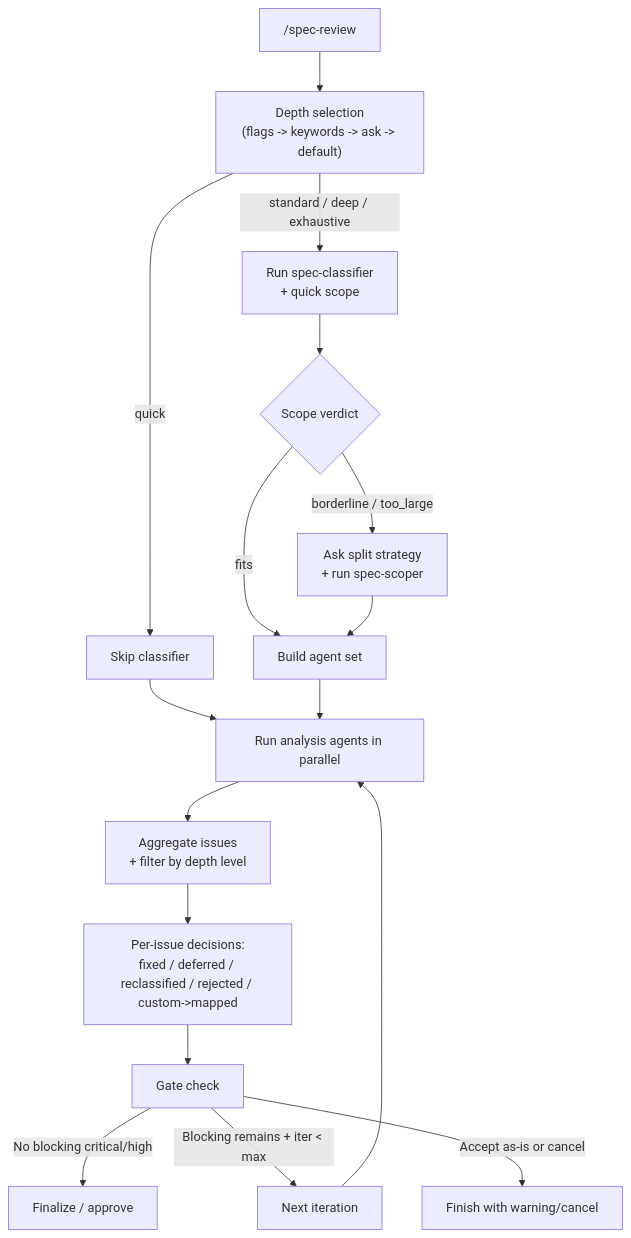
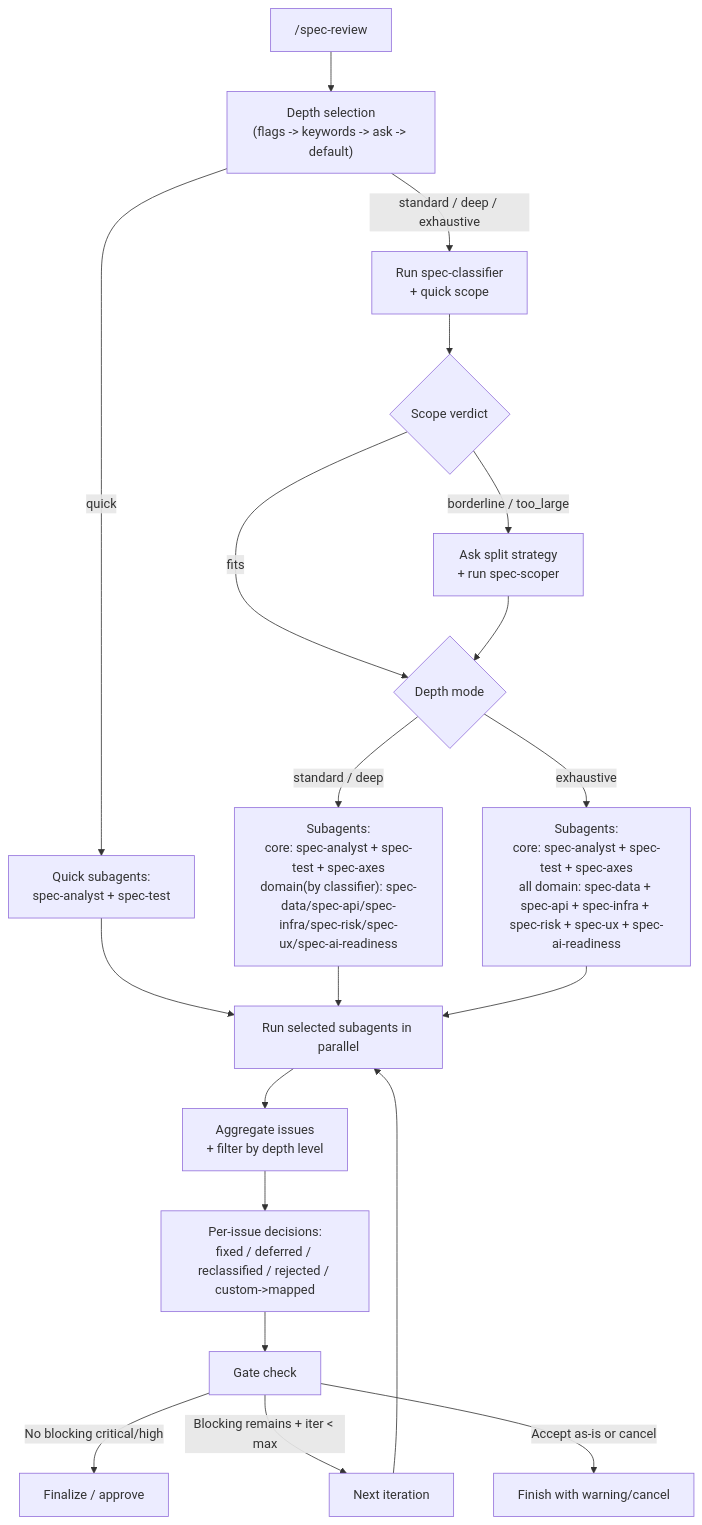
One commit to dapi/claude-code-marketplace changed the first of 2 diagrams in spec-reviewer/README.md. Above: the diagram before and after it, drawn with Mermaid. The commit also changed other lines of this file and 1 other file, not shown here.

Commit message:
docs(readme): show subagent names in mermaid diagrams

````diff
--- a/spec-reviewer/README.md
+++ b/spec-reviewer/README.md
@@ -96,24 +96,28 @@
 ```mermaid
 flowchart TD
     A["/spec-review"] --> B["Depth selection<br/>(flags -> keywords -> ask -> default)"]
 
-    B -->|"quick"| C["Skip classifier"]
+    B -->|"quick"| C["Quick subagents:<br/>spec-analyst + spec-test"]
     B -->|"standard / deep / exhaustive"| D["Run spec-classifier<br/>+ quick scope"]
 
     D --> E{"Scope verdict"}
-    E -->|"fits"| F["Build agent set"]
+    E -->|"fits"| F{"Depth mode"}
     E -->|"borderline / too_large"| G["Ask split strategy<br/>+ run spec-scoper"]
     G --> F
 
-    C --> H["Run analysis agents in parallel"]
-    F --> H
+    F -->|"standard / deep"| H["Subagents:<br/>core: spec-analyst + spec-test + spec-axes<br/>domain(by classifier): spec-data/spec-api/spec-infra/spec-risk/spec-ux/spec-ai-readiness"]
+    F -->|"exhaustive"| I["Subagents:<br/>core: spec-analyst + spec-test + spec-axes<br/>all domain: spec-data + spec-api + spec-infra + spec-risk + spec-ux + spec-ai-readiness"]
 
-    H --> I["Aggregate issues<br/>+ filter by depth level"]
-    I --> J["Per-issue decisions:<br/>fixed / deferred / reclassified / rejected / custom->mapped"]
-    J --> K["Gate check"]
+    C --> J["Run selected subagents in parallel"]
+    H --> J
+    I --> J
 
-    K -->|"No blocking critical/high"| L["Finalize / approve"]
-    K -->|"Blocking remains + iter < max"| M["Next iteration"]
-    M --> H
-    K -->|"Accept as-is or cancel"| N["Finish with warning/cancel"]
+    J --> K["Aggregate issues<br/>+ filter by depth level"]
+    K --> L["Per-issue decisions:<br/>fixed / deferred / reclassified / rejected / custom->mapped"]
+    L --> M["Gate check"]
+
+    M -->|"No blocking critical/high"| N["Finalize / approve"]
+    M -->|"Blocking remains + iter < max"| O["Next iteration"]
+    O --> J
+    M -->|"Accept as-is or cancel"| P["Finish with warning/cancel"]
 ```
````
